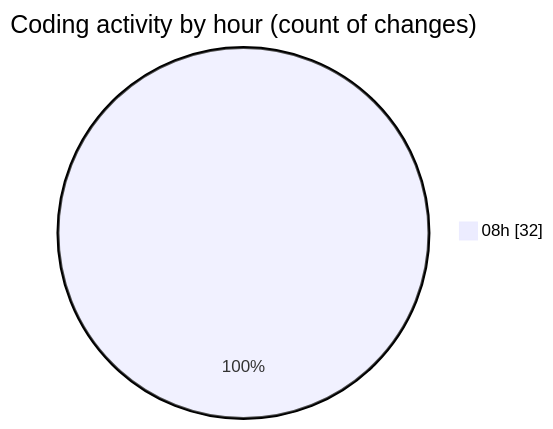
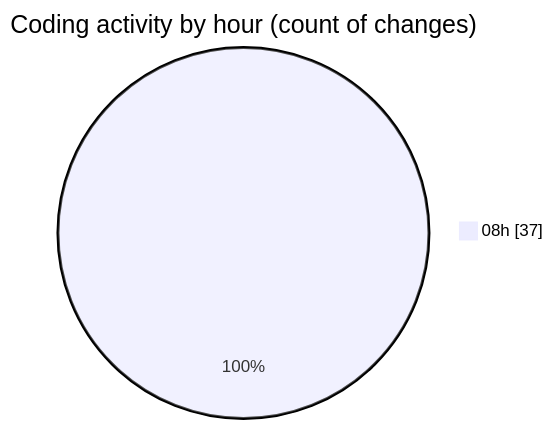
Before and after one commit to robertbonfada/code-tracking: the second of 2 diagrams in 2025-01-27/mbc-web/README.md, drawn with Mermaid. The commit also changed other lines of this file and 1 other file, not shown here.

````diff
--- a/2025-01-27/mbc-web/README.md
+++ b/2025-01-27/mbc-web/README.md
@@ -39,5 +39,5 @@
 ```mermaid
 pie showData
 title Coding activity by hour (count of changes)
-"08h" : 32
+"08h" : 37
 ```
````
